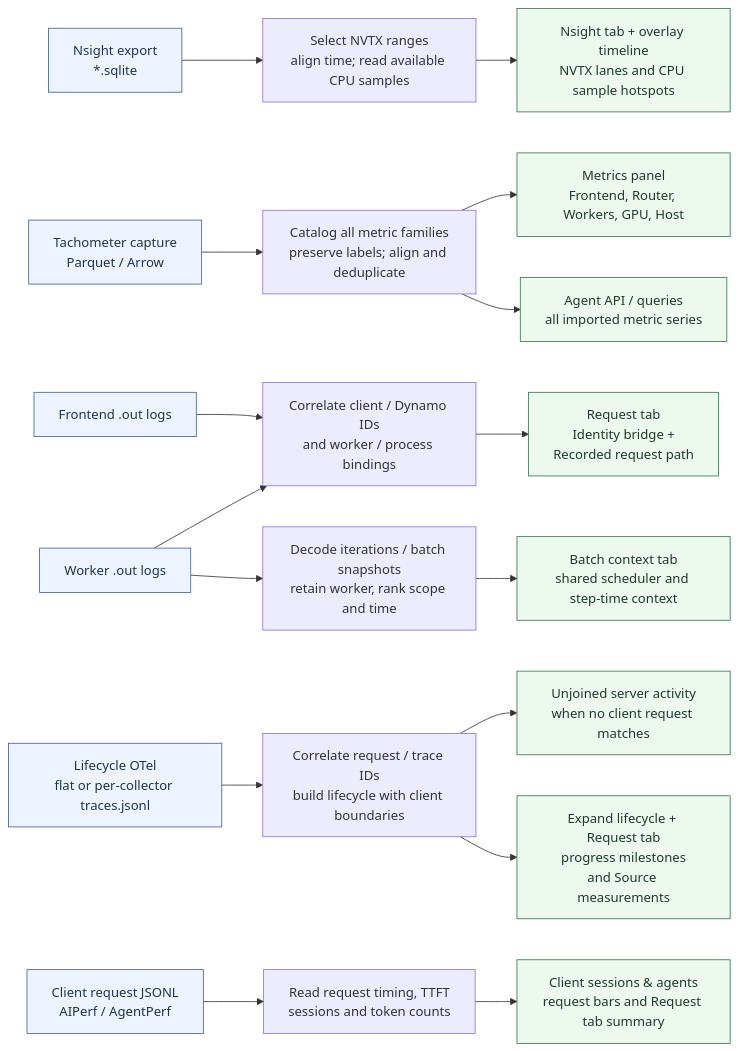
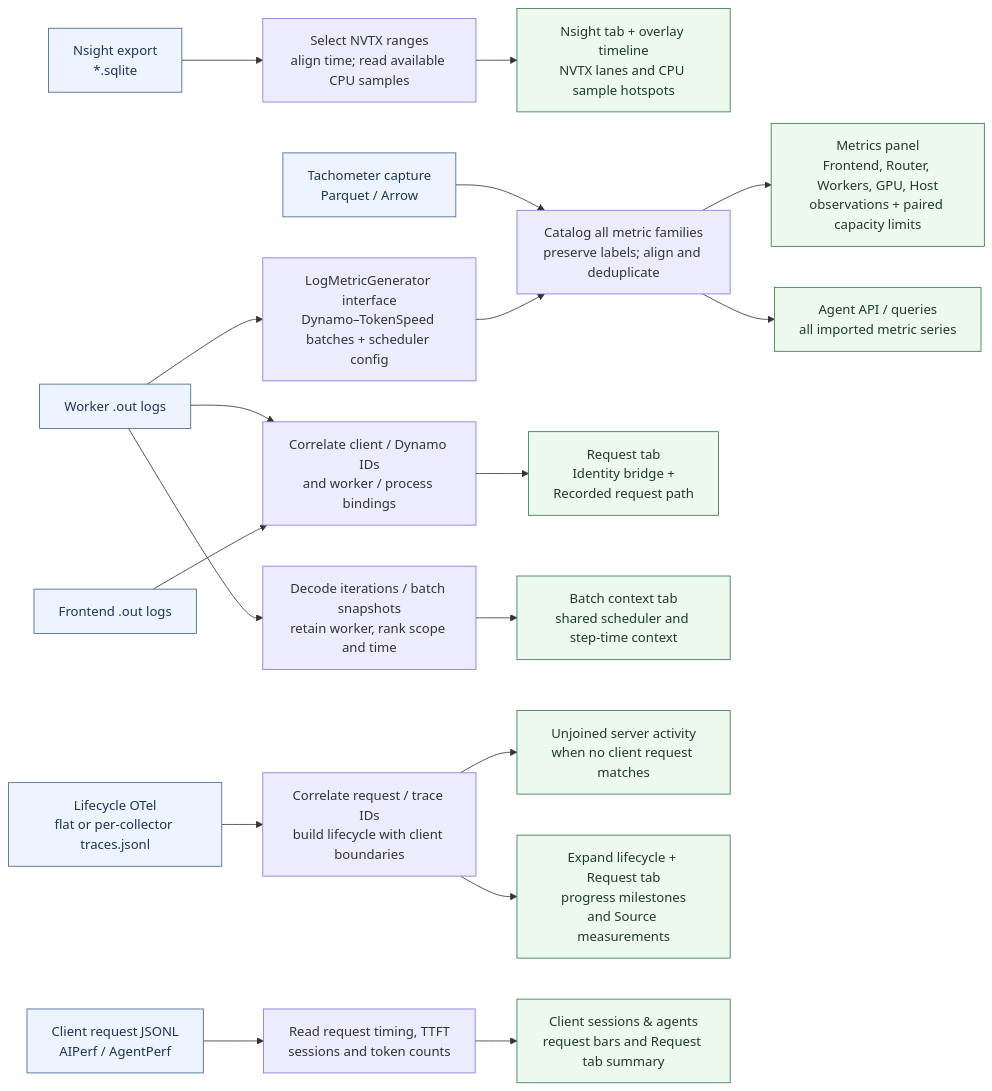
One commit to FrankD412/srt-slurm changed the first of 2 diagrams in docs/dsight-data-flow.md. Above: the diagram before and after it, drawn with Mermaid. The commit also changed other lines of this file and 17 other files, not shown here.

First line of the commit message:
feat(dsight): add shared log metrics and TokenSpeed capacity charts (#518)

````diff
--- a/docs/dsight-data-flow.md
+++ b/docs/dsight-data-flow.md
@@ -14,27 +14,29 @@
 ```mermaid
 flowchart LR
     N["Nsight export<br/>*.sqlite"] --> NP["Select NVTX ranges<br/>align time; read available CPU samples"]
     NP --> NU["Nsight tab + overlay timeline<br/>NVTX lanes and CPU sample hotspots"]
 
     T["Tachometer capture<br/>Parquet / Arrow"] --> MP["Catalog all metric families<br/>preserve labels; align and deduplicate"]
-    MP --> MU["Metrics panel<br/>Frontend, Router, Workers, GPU, Host"]
+    MP --> MU["Metrics panel<br/>Frontend, Router, Workers, GPU, Host<br/>observations + paired capacity limits"]
     MP --> MQ["Agent API / queries<br/>all imported metric series"]
 
     W["Worker .out logs"] --> IP["Correlate client / Dynamo IDs<br/>and worker / process bindings"]
     F["Frontend .out logs"] --> IP
     IP --> IU["Request tab<br/>Identity bridge +<br/>Recorded request path"]
+    W --> LM["LogMetricGenerator interface<br/>Dynamo–TokenSpeed batches + scheduler config"]
+    LM --> MP
     W --> BP["Decode iterations / batch snapshots<br/>retain worker, rank scope and time"]
     BP --> BU["Batch context tab<br/>shared scheduler and step-time context"]
 
     O["Lifecycle OTel<br/>flat or per-collector traces.jsonl"] --> LP["Correlate request / trace IDs<br/>build lifecycle with client boundaries"]
     LP --> SU["Unjoined server activity<br/>when no client request matches"]
     LP --> LU["Expand lifecycle + Request tab<br/>progress milestones<br/>and Source measurements"]
 
     C["Client request JSONL<br/>AIPerf / AgentPerf"] --> CP["Read request timing, TTFT<br/>sessions and token counts"]
     CP --> CU["Client sessions & agents<br/>request bars and Request tab summary"]
 
     classDef source fill:#edf4ff,stroke:#42638c,color:#1c3553;
     classDef ui fill:#edf8ef,stroke:#36784c,color:#1c3c28;
     class N,T,W,F,O,C source;
     class NU,MU,MQ,IU,BU,LU,SU,CU ui;
 ```
````
